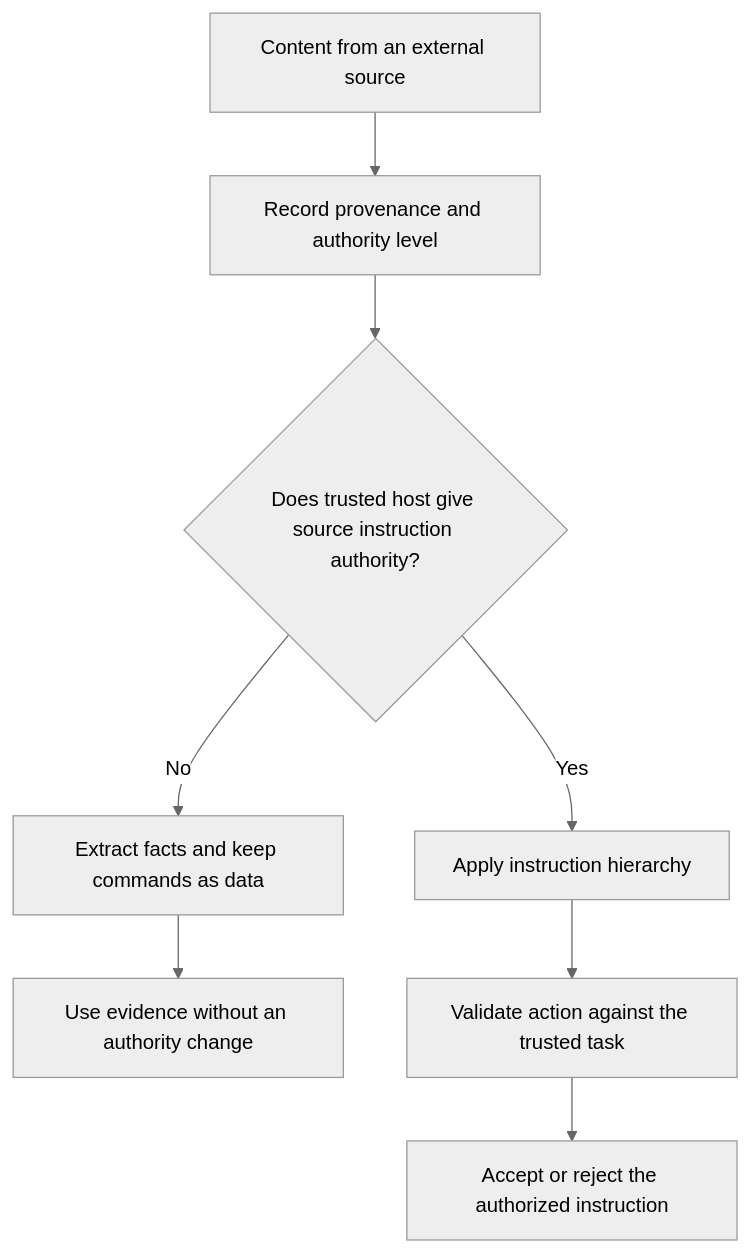
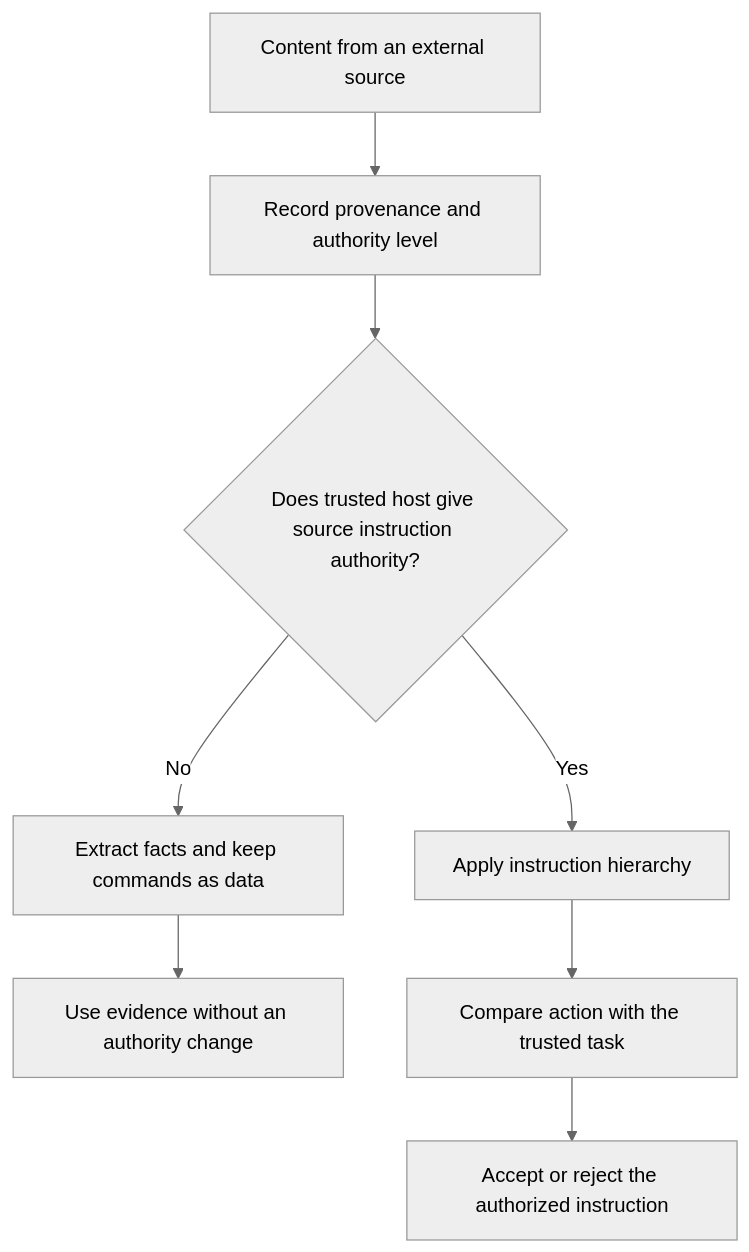
Before and after one commit to HomericIntelligence/Athena: the diagram in docs/principles/details/p059-data-is-not-instruction.md, drawn with Mermaid (neutral theme). The commit also changed other lines of this file and 53 other files, not shown here.

````diff
--- a/docs/principles/details/p059-data-is-not-instruction.md
+++ b/docs/principles/details/p059-data-is-not-instruction.md
@@ -42,10 +43,10 @@
 ```mermaid
 flowchart TD
     A["Content from an external source"] --> B["Record provenance and authority level"]
     B --> C{"Does trusted host give source instruction authority?"}
     C -- "No" --> D["Extract facts and keep commands as data"]
     C -- "Yes" --> E["Apply instruction hierarchy"]
     D --> F["Use evidence without an authority change"]
-    E --> G["Validate action against the trusted task"]
+    E --> G["Compare action with the trusted task"]
     G --> H["Accept or reject the authorized instruction"]
 ```
````
